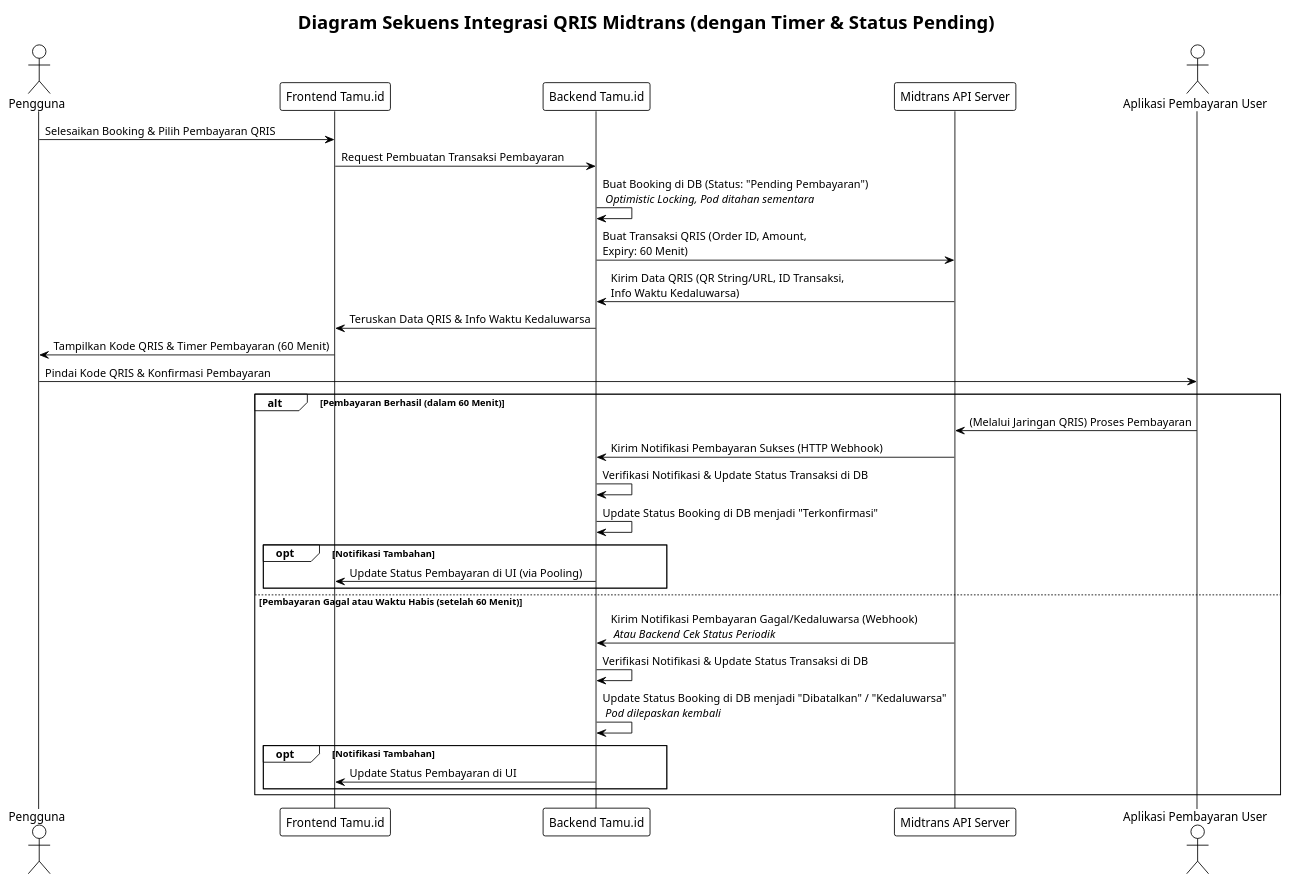
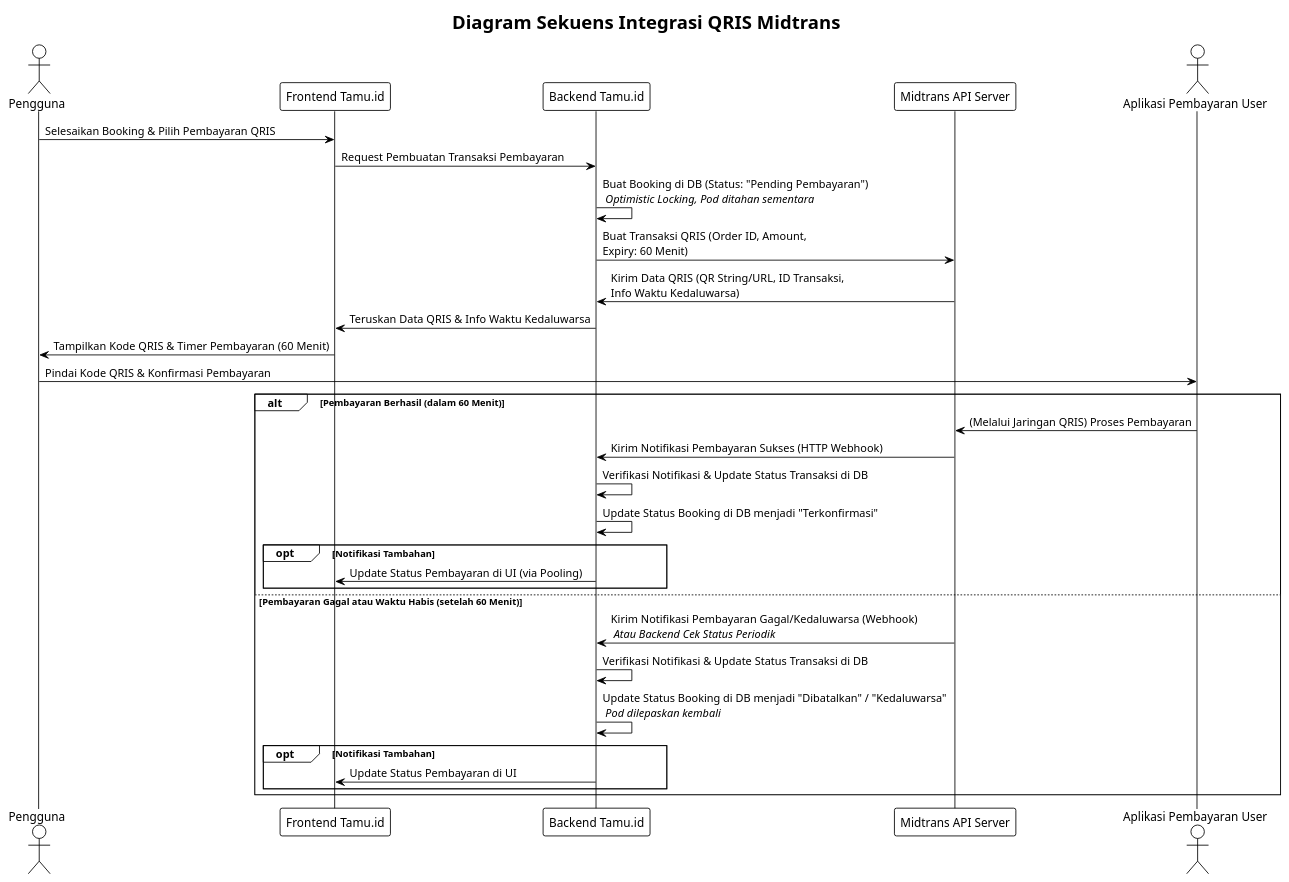
Before and after one commit to aliifam/final-project: the diagram in diagram/raw/oth/midtrans.plantuml, drawn with PlantUML. The commit also changed 15 other files, not shown here.

```diff
--- a/diagram/raw/oth/midtrans.plantuml
+++ b/diagram/raw/oth/midtrans.plantuml
@@ -1,39 +1,39 @@
 @startuml
 !theme plain
-title Diagram Sekuens Integrasi QRIS Midtrans (dengan Timer & Status Pending)
+title Diagram Sekuens Integrasi QRIS Midtrans
 
 actor "Pengguna" as User
 participant "Frontend Tamu.id" as Frontend
 participant "Backend Tamu.id" as Backend
 participant "Midtrans API Server" as MidtransServer
 actor "Aplikasi Pembayaran User" as UserPaymentApp
 
 User -> Frontend: Selesaikan Booking & Pilih Pembayaran QRIS
 Frontend -> Backend: Request Pembuatan Transaksi Pembayaran
 Backend -> Backend: Buat Booking di DB (Status: "Pending Pembayaran") \n //Optimistic Locking, Pod ditahan sementara//
 Backend -> MidtransServer: Buat Transaksi QRIS (Order ID, Amount, \nExpiry: 60 Menit)
 MidtransServer -> Backend: Kirim Data QRIS (QR String/URL, ID Transaksi, \nInfo Waktu Kedaluwarsa)
 Backend -> Frontend: Teruskan Data QRIS & Info Waktu Kedaluwarsa
 
 Frontend -> User: Tampilkan Kode QRIS & Timer Pembayaran (60 Menit)
 User -> UserPaymentApp: Pindai Kode QRIS & Konfirmasi Pembayaran
 
 alt Pembayaran Berhasil (dalam 60 Menit)
     UserPaymentApp -> MidtransServer: (Melalui Jaringan QRIS) Proses Pembayaran
     ' Asumsi proses di jaringan QRIS dan notifikasi ke Midtrans berhasil
     MidtransServer -> Backend: Kirim Notifikasi Pembayaran Sukses (HTTP Webhook)
     Backend -> Backend: Verifikasi Notifikasi & Update Status Transaksi di DB
     Backend -> Backend: Update Status Booking di DB menjadi "Terkonfirmasi"
     opt Notifikasi Tambahan
         Backend -> Frontend: Update Status Pembayaran di UI (via Pooling)
     end
 else Pembayaran Gagal atau Waktu Habis (setelah 60 Menit)
     MidtransServer -> Backend: Kirim Notifikasi Pembayaran Gagal/Kedaluwarsa (Webhook) \n //Atau Backend Cek Status Periodik//
     Backend -> Backend: Verifikasi Notifikasi & Update Status Transaksi di DB
     Backend -> Backend: Update Status Booking di DB menjadi "Dibatalkan" / "Kedaluwarsa" \n //Pod dilepaskan kembali//
     opt Notifikasi Tambahan
         Backend -> Frontend: Update Status Pembayaran di UI
     end
 end
 
 @enduml
```
